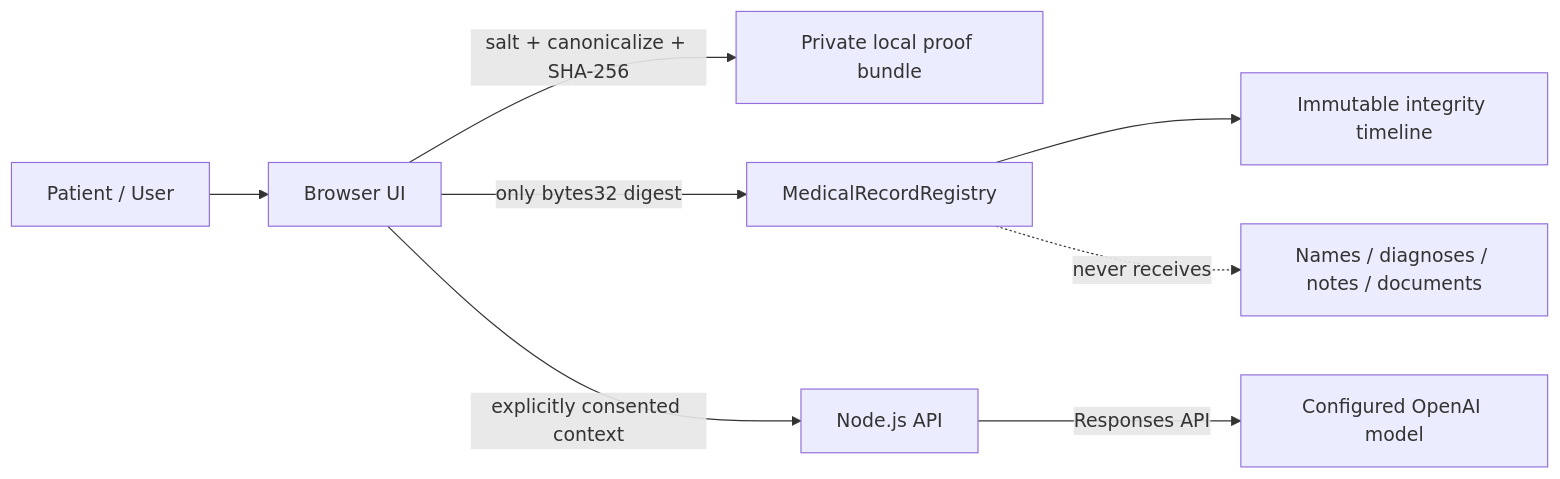
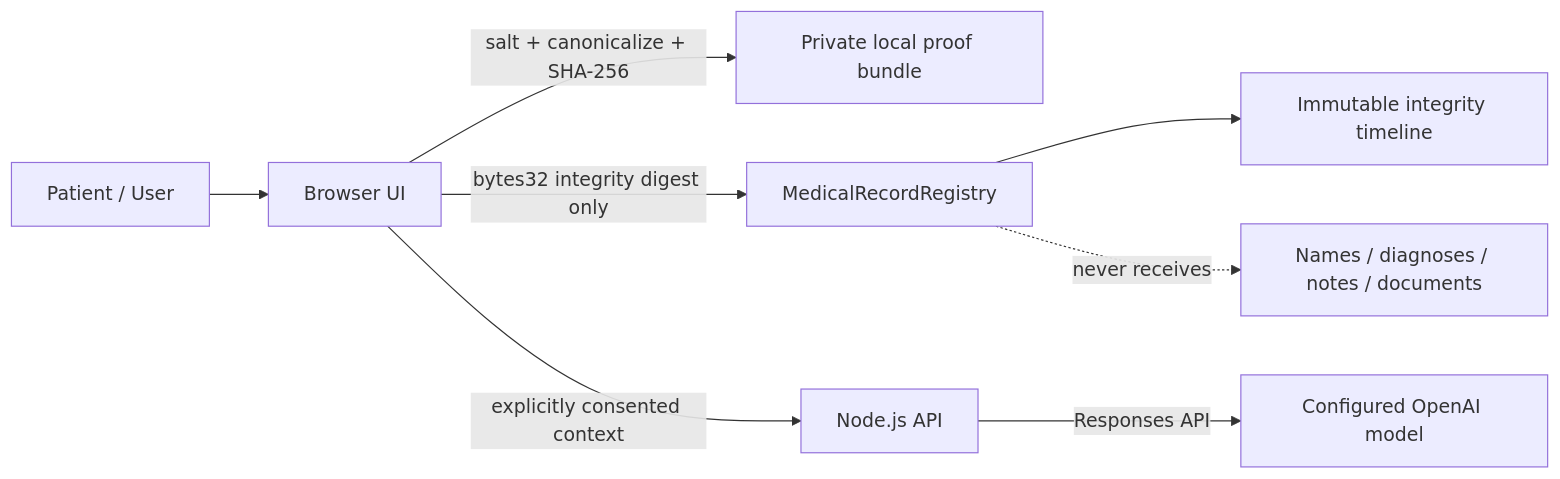
The diagram in README.md (emreocell/HealtChain), drawn with Mermaid before and after one commit. The commit also changed other lines of this file and 6 other files, not shown here.

````diff
--- a/README.md
+++ b/README.md
@@ -28,11 +29,11 @@
 ```mermaid
 flowchart LR
     Patient[Patient / User] --> Web[Browser UI]
     Web -->|salt + canonicalize + SHA-256| Proof[Private local proof bundle]
-    Web -->|only bytes32 digest| Chain[MedicalRecordRegistry]
+    Web -->|bytes32 integrity digest only| Chain[MedicalRecordRegistry]
     Web -->|explicitly consented context| API[Node.js API]
     API -->|Responses API| AI[Configured OpenAI model]
 
     Chain --> Audit[Immutable integrity timeline]
     Chain -. never receives .-> PHI[Names / diagnoses / notes / documents]
 ```
````
